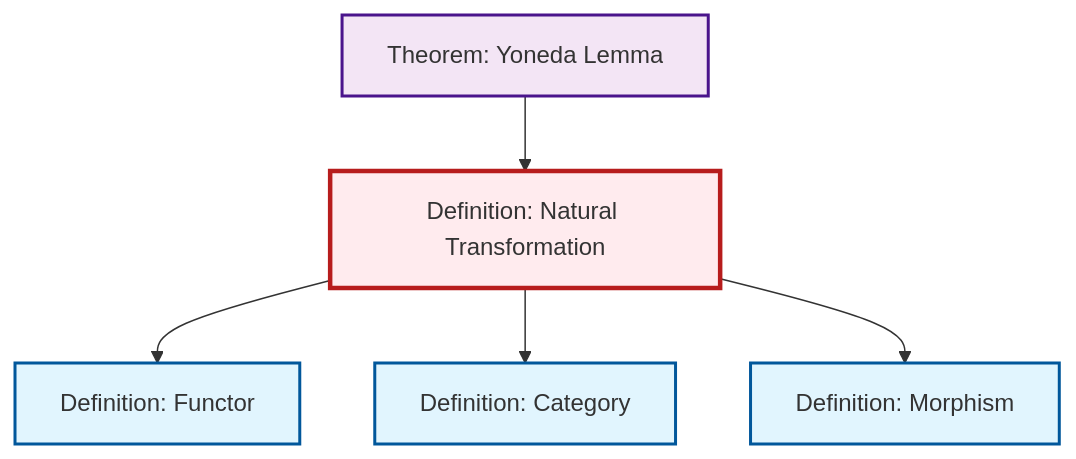
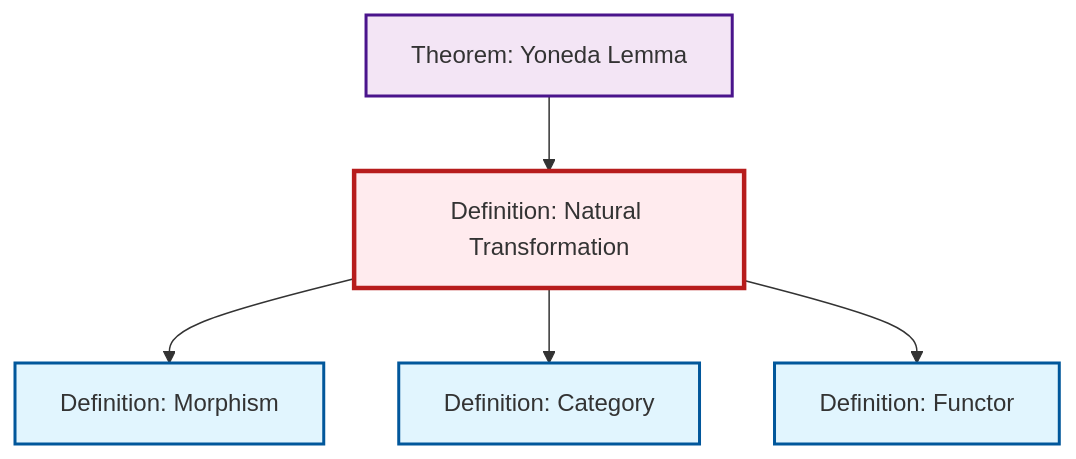
Before and after one commit to RK0429/ModernMath: the diagram in content/en/category-theory/def-natural-transformation.qmd, drawn with Mermaid. The commit also changed other lines of this file and 491 other files, not shown here.

````diff
--- a/content/en/category-theory/def-natural-transformation.qmd
+++ b/content/en/category-theory/def-natural-transformation.qmd
@@ -59,23 +59,23 @@
 ```{mermaid}
 %%| fig-cap: "Local dependency graph"
 graph TD
     classDef definition fill:#e1f5fe,stroke:#01579b,stroke-width:2px
     classDef theorem fill:#f3e5f5,stroke:#4a148c,stroke-width:2px
     classDef axiom fill:#fff3e0,stroke:#e65100,stroke-width:2px
     classDef example fill:#e8f5e9,stroke:#1b5e20,stroke-width:2px
     classDef current fill:#ffebee,stroke:#b71c1c,stroke-width:3px
-    def-natural-transformation["Definition: Natural Transformation"]:::definition
-    def-category["Definition: Category"]:::definition
-    def-morphism["Definition: Morphism"]:::definition
     def-functor["Definition: Functor"]:::definition
     thm-yoneda["Theorem: Yoneda Lemma"]:::theorem
+    def-category["Definition: Category"]:::definition
+    def-natural-transformation["Definition: Natural Transformation"]:::definition
+    def-morphism["Definition: Morphism"]:::definition
+    thm-yoneda --> def-natural-transformation
+    def-natural-transformation --> def-morphism
+    def-natural-transformation --> def-category
     def-natural-transformation --> def-functor
-    def-natural-transformation --> def-category
-    def-natural-transformation --> def-morphism
-    thm-yoneda --> def-natural-transformation
     class def-natural-transformation current
+    click def-functor "def-functor.html" "Go to Functor definition"
+    click thm-yoneda "thm-yoneda.html" "Go to Yoneda Lemma theorem"
     click def-category "def-category.html" "Go to Category definition"
     click def-morphism "def-morphism.html" "Go to Morphism definition"
-    click def-functor "def-functor.html" "Go to Functor definition"
-    click thm-yoneda "thm-yoneda.html" "Go to Yoneda Lemma theorem"
 ```
````
